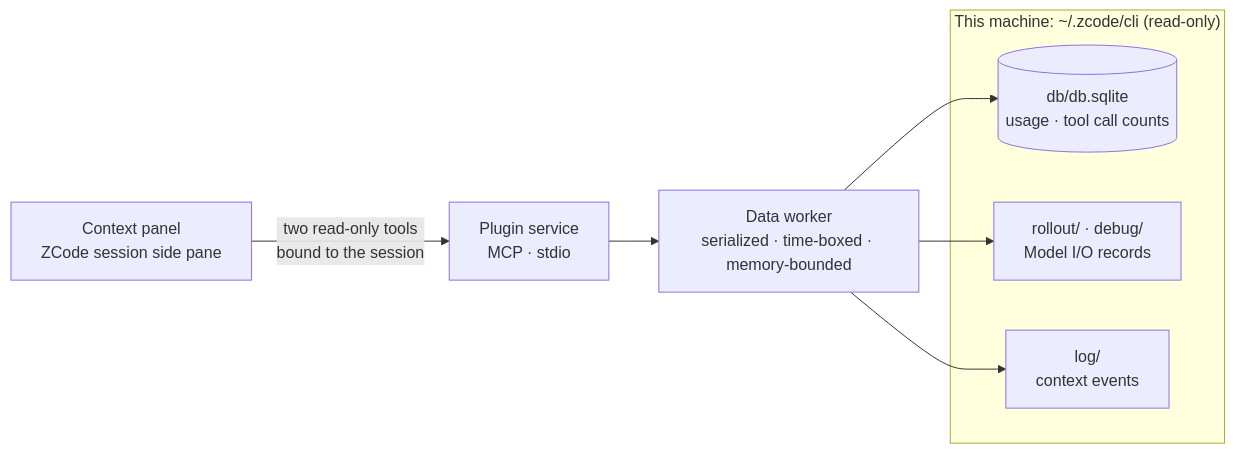
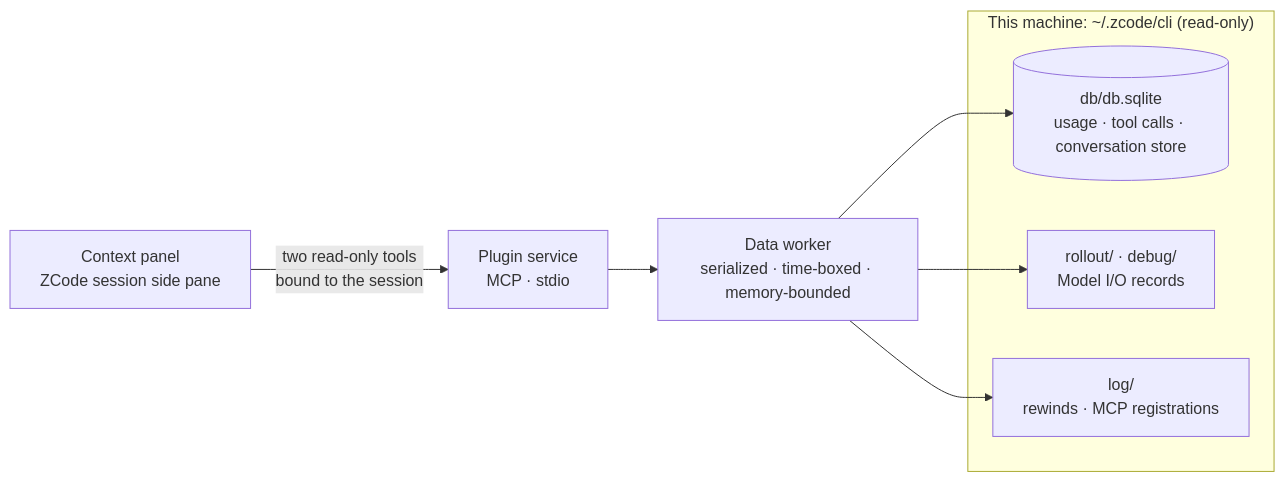
The diagram in plugins/zcode-context/README.en.md (Kevinzzz6/zcode-context), drawn with Mermaid before and after one commit. The commit also changed other lines of this file and 6 other files, not shown here.

````diff
--- a/plugins/zcode-context/README.en.md
+++ b/plugins/zcode-context/README.en.md
@@ -190,15 +190,15 @@
 ```mermaid
 flowchart LR
   panel["Context panel<br/>ZCode session side pane"]
   server["Plugin service<br/>MCP · stdio"]
   worker["Data worker<br/>serialized · time-boxed · memory-bounded"]
   subgraph local["This machine: ~/.zcode/cli (read-only)"]
-    db[("db/db.sqlite<br/>usage · tool call counts")]
+    db[("db/db.sqlite<br/>usage · tool calls · conversation store")]
     traj["rollout/ · debug/<br/>Model I/O records"]
-    log["log/<br/>context events"]
+    log["log/<br/>rewinds · MCP registrations"]
   end
   panel -- "two read-only tools<br/>bound to the session" --> server --> worker
   worker --> db
   worker --> traj
   worker --> log
 ```
````
